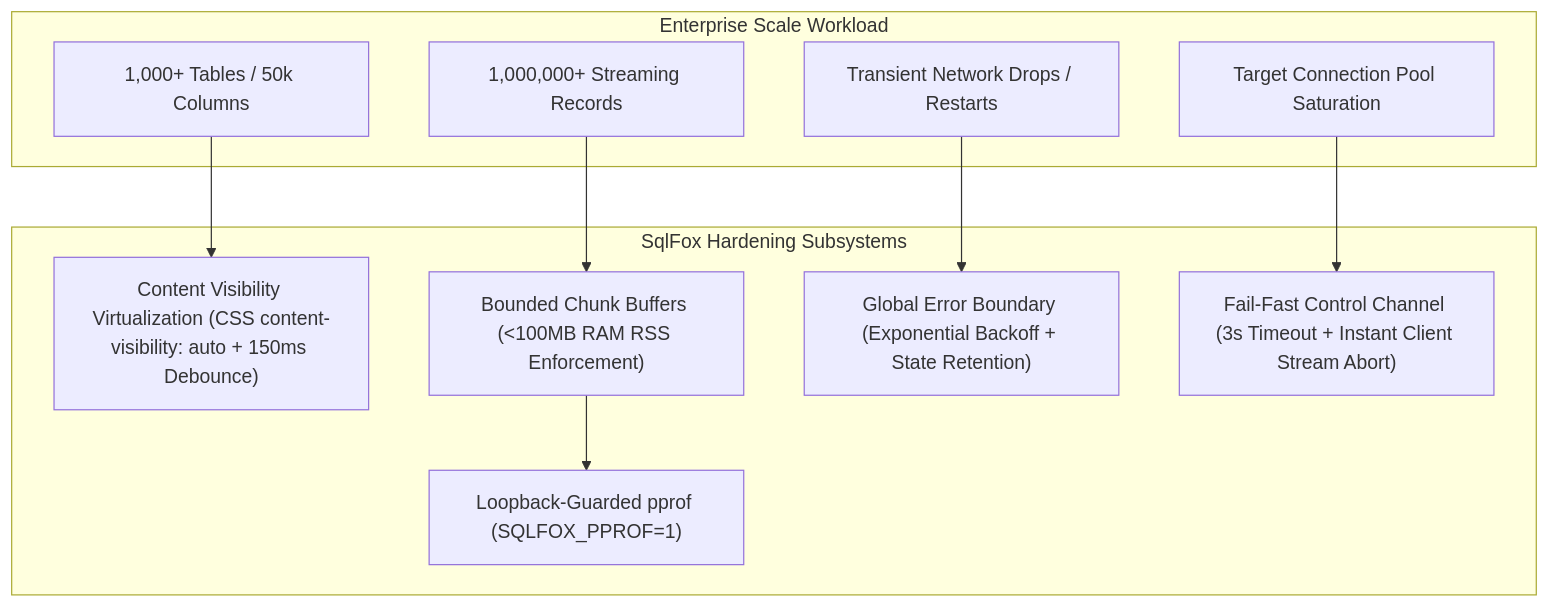
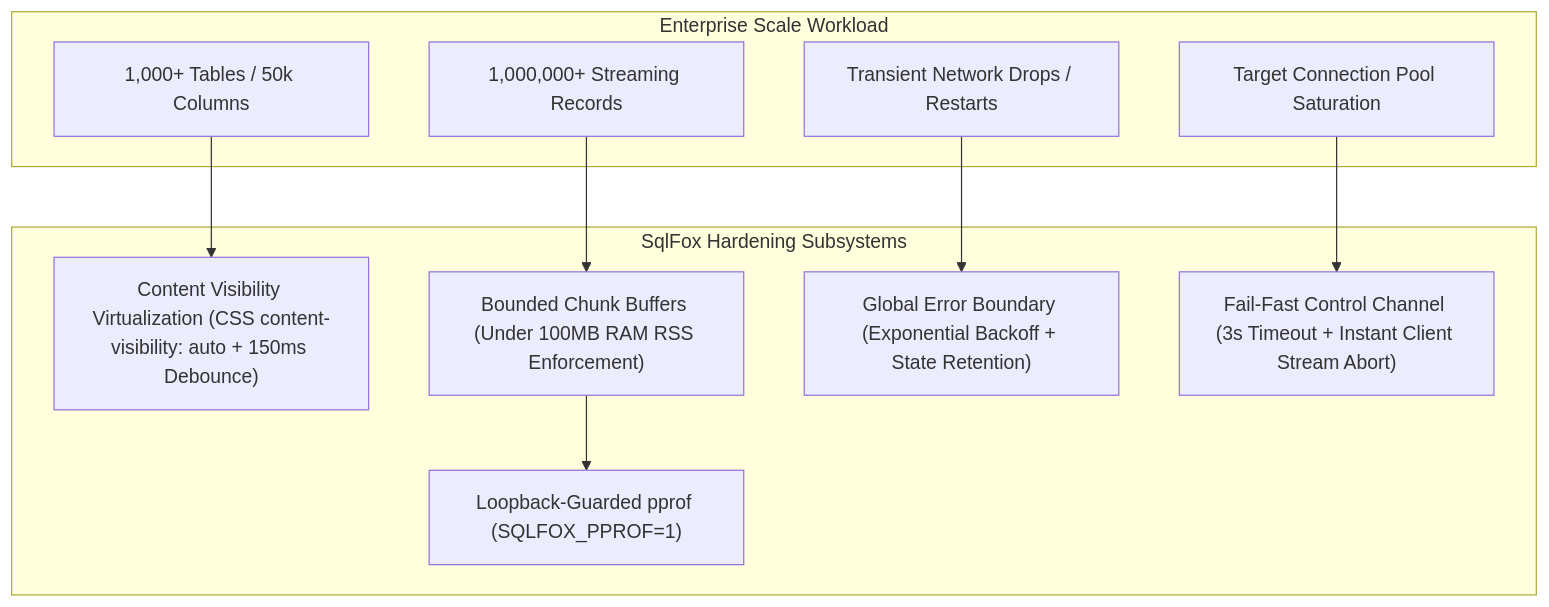
The tenth of 23 diagrams in ARCHITECTURE.md (herliansyah/sqlfox), drawn with Mermaid before and after one commit. The commit also changed other lines of this file and 9 other files, not shown here.

First line of the commit message:
docs: synchronize architecture, milestones, and security specs for v0.16.1 (#137)

````diff
--- a/ARCHITECTURE.md
+++ b/ARCHITECTURE.md
@@ -530,23 +530,23 @@
 ```mermaid
 flowchart TD
     subgraph EnterpriseLoad ["Enterprise Scale Workload"]
         Tbls["1,000+ Tables / 50k Columns"]
         Rows["1,000,000+ Streaming Records"]
         Disconnects["Transient Network Drops / Restarts"]
         PoolSat["Target Connection Pool Saturation"]
     end
 
     subgraph Defenses ["SqlFox Hardening Subsystems"]
         VTree["Content Visibility Virtualization (CSS content-visibility: auto + 150ms Debounce)"]
-        StreamBudget["Bounded Chunk Buffers (<100MB RAM RSS Enforcement)"]
+        StreamBudget["Bounded Chunk Buffers (Under 100MB RAM RSS Enforcement)"]
         ErrBoundary["Global Error Boundary (Exponential Backoff + State Retention)"]
         FastCancel["Fail-Fast Control Channel (3s Timeout + Instant Client Stream Abort)"]
         PprofGuard["Loopback-Guarded pprof (SQLFOX_PPROF=1)"]
     end
 
     Tbls --> VTree
     Rows --> StreamBudget
     Disconnects --> ErrBoundary
     PoolSat --> FastCancel
     StreamBudget --> PprofGuard
 ```
````
